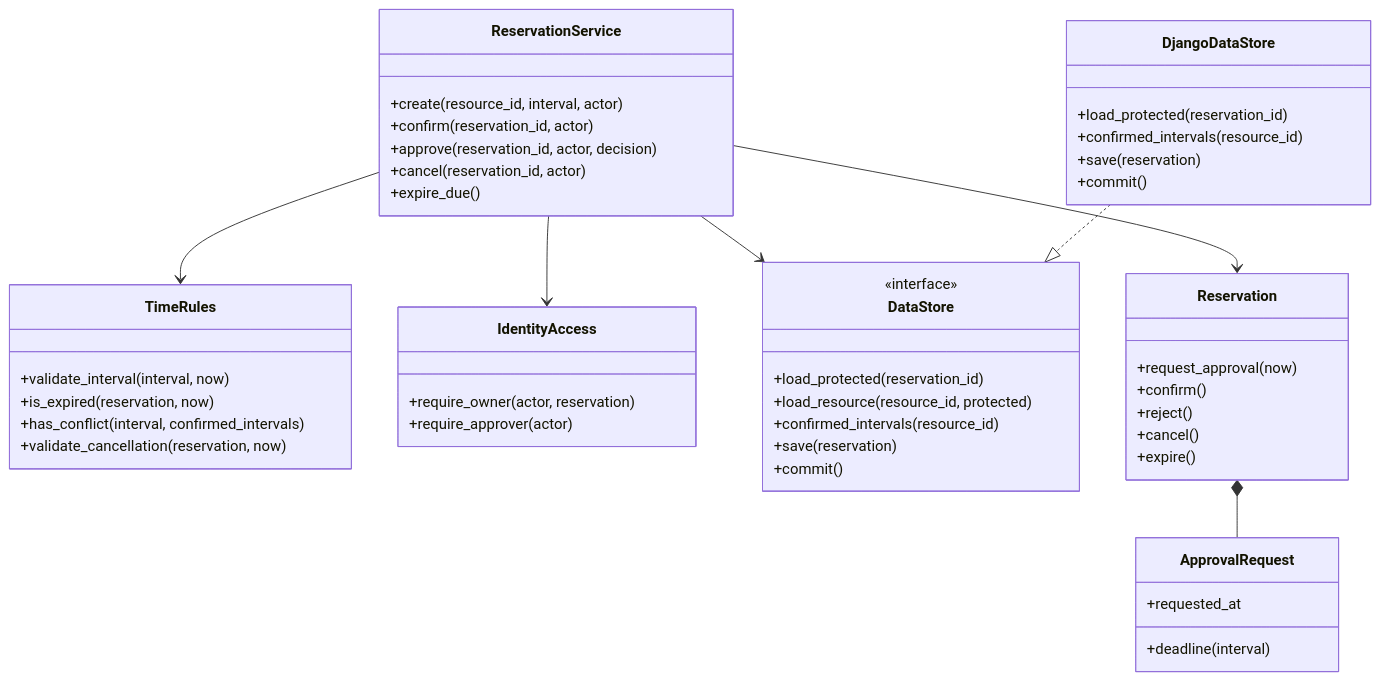
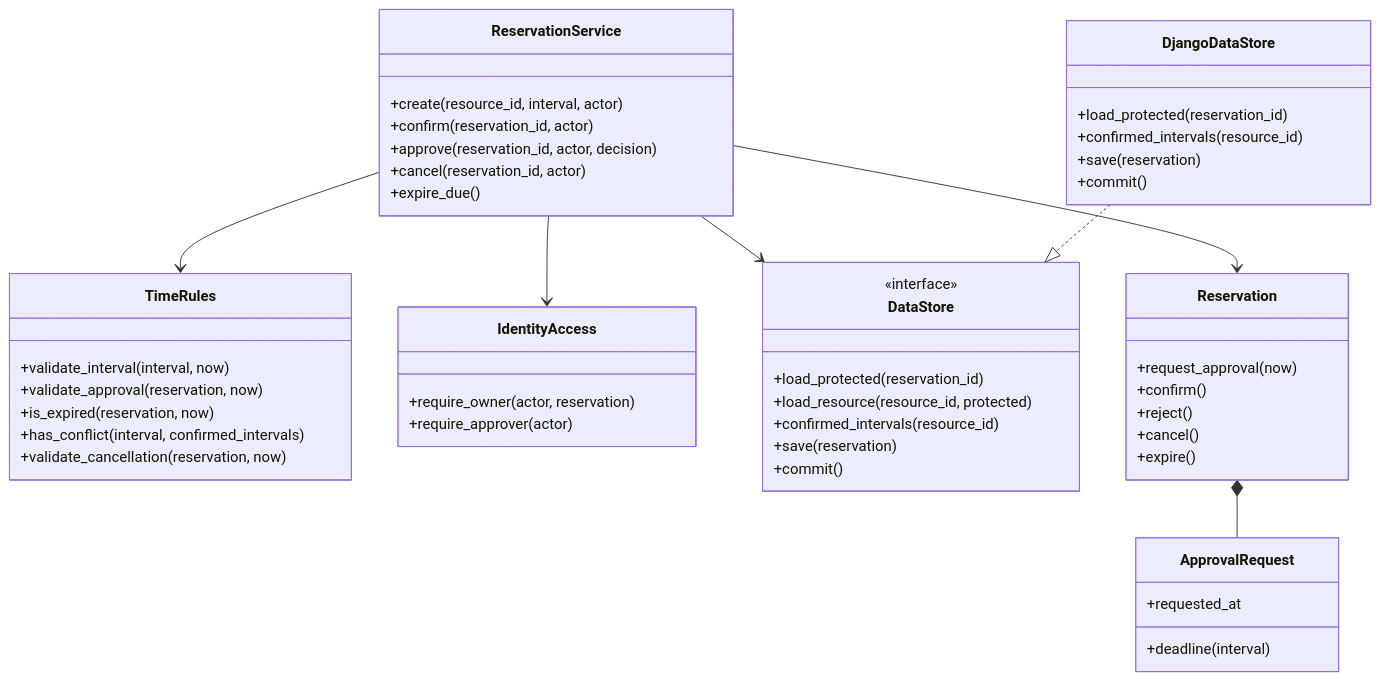
One commit to Filipm64/sport_reservation changed the first of 2 diagrams in docs/architecture-and-decisions.md. Above: the diagram before and after it, drawn with Mermaid. The commit also changed other lines of this file and 11 other files, not shown here.

````diff
--- a/docs/architecture-and-decisions.md
+++ b/docs/architecture-and-decisions.md
@@ -71,58 +71,59 @@
 ```mermaid
 classDiagram
     class ReservationService {
         +create(resource_id, interval, actor)
         +confirm(reservation_id, actor)
         +approve(reservation_id, actor, decision)
         +cancel(reservation_id, actor)
         +expire_due()
     }
 
     class TimeRules {
         +validate_interval(interval, now)
+        +validate_approval(reservation, now)
         +is_expired(reservation, now)
         +has_conflict(interval, confirmed_intervals)
         +validate_cancellation(reservation, now)
     }
 
     class IdentityAccess {
         +require_owner(actor, reservation)
         +require_approver(actor)
     }
 
     class DataStore {
         <<interface>>
         +load_protected(reservation_id)
         +load_resource(resource_id, protected)
         +confirmed_intervals(resource_id)
         +save(reservation)
         +commit()
     }
 
     class DjangoDataStore {
         +load_protected(reservation_id)
         +confirmed_intervals(resource_id)
         +save(reservation)
         +commit()
     }
 
     class Reservation {
         +request_approval(now)
         +confirm()
         +reject()
         +cancel()
         +expire()
     }
 
     class ApprovalRequest {
         +requested_at
         +deadline(interval)
     }
 
     ReservationService --> TimeRules
     ReservationService --> IdentityAccess
     ReservationService --> DataStore
     Reservation *-- ApprovalRequest
     DjangoDataStore ..|> DataStore
     ReservationService --> Reservation
 ```
````
